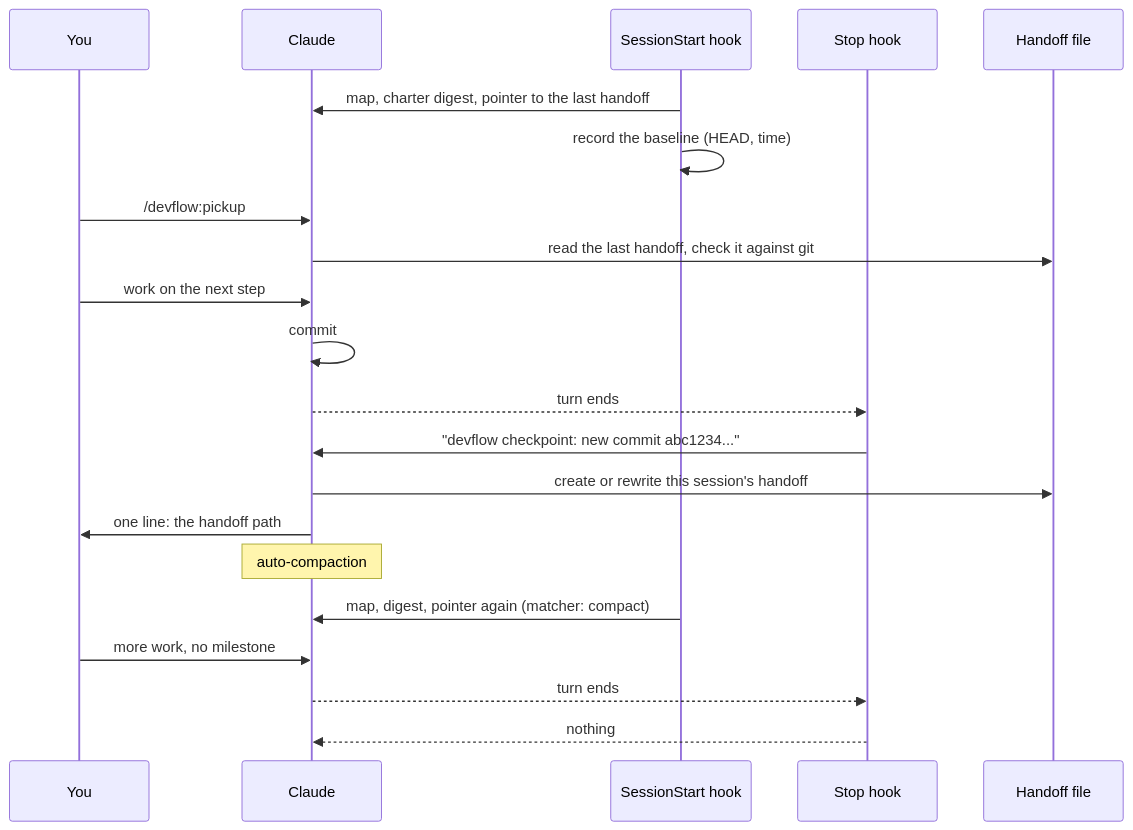
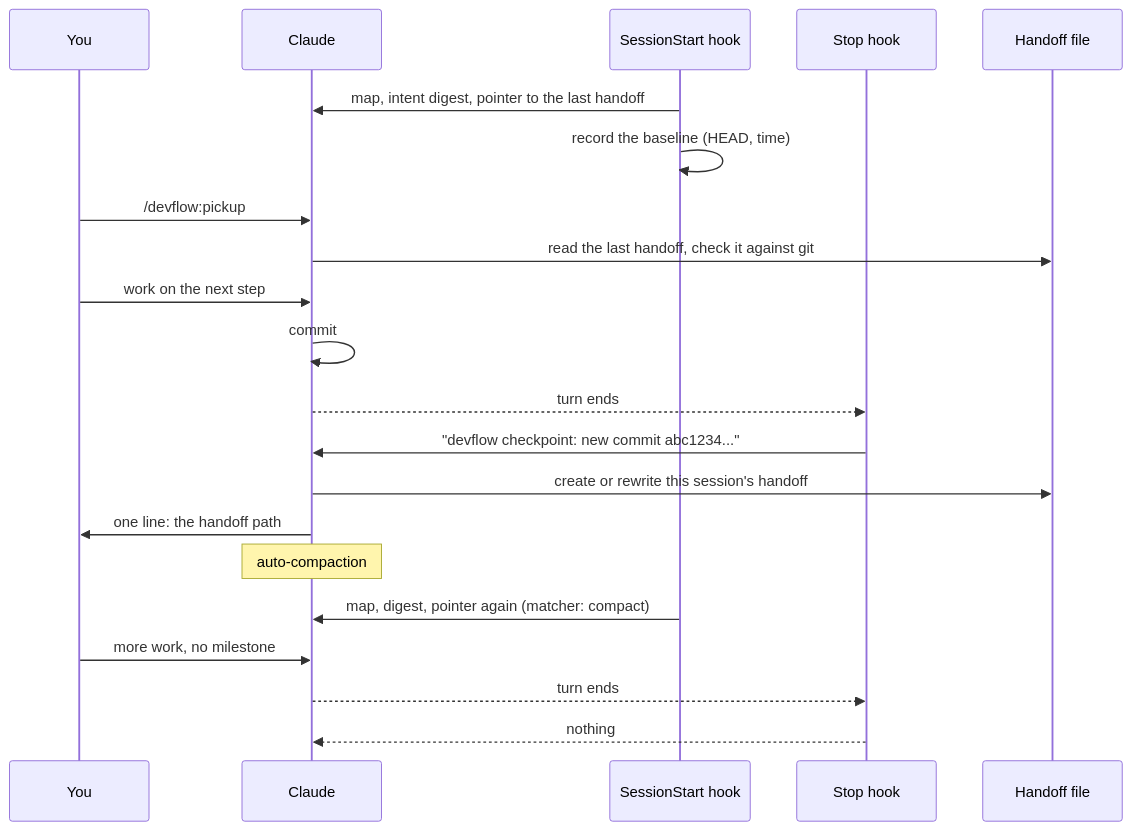
Before and after one commit to sdevikar/sdlc-tools: the ninth of 11 diagrams in devflow/README.md, drawn with Mermaid. The commit also changed other lines of this file and 13 other files, not shown here.

First line of the commit message:
feat(devflow): replace the charter with the playbook's intent.md

````diff
--- a/devflow/README.md
+++ b/devflow/README.md
@@ -304,23 +319,23 @@
 ```mermaid
 sequenceDiagram
     participant U as You
     participant C as Claude
     participant SS as SessionStart hook
     participant ST as Stop hook
     participant H as Handoff file
-    SS->>C: map, charter digest, pointer to the last handoff
+    SS->>C: map, intent digest, pointer to the last handoff
     SS->>SS: record the baseline (HEAD, time)
     U->>C: /devflow:pickup
     C->>H: read the last handoff, check it against git
     U->>C: work on the next step
     C->>C: commit
     C-->>ST: turn ends
     ST->>C: "devflow checkpoint: new commit abc1234..."
     C->>H: create or rewrite this session's handoff
     C->>U: one line: the handoff path
     Note over C: auto-compaction
     SS->>C: map, digest, pointer again (matcher: compact)
     U->>C: more work, no milestone
     C-->>ST: turn ends
     ST-->>C: nothing
 ```
````
